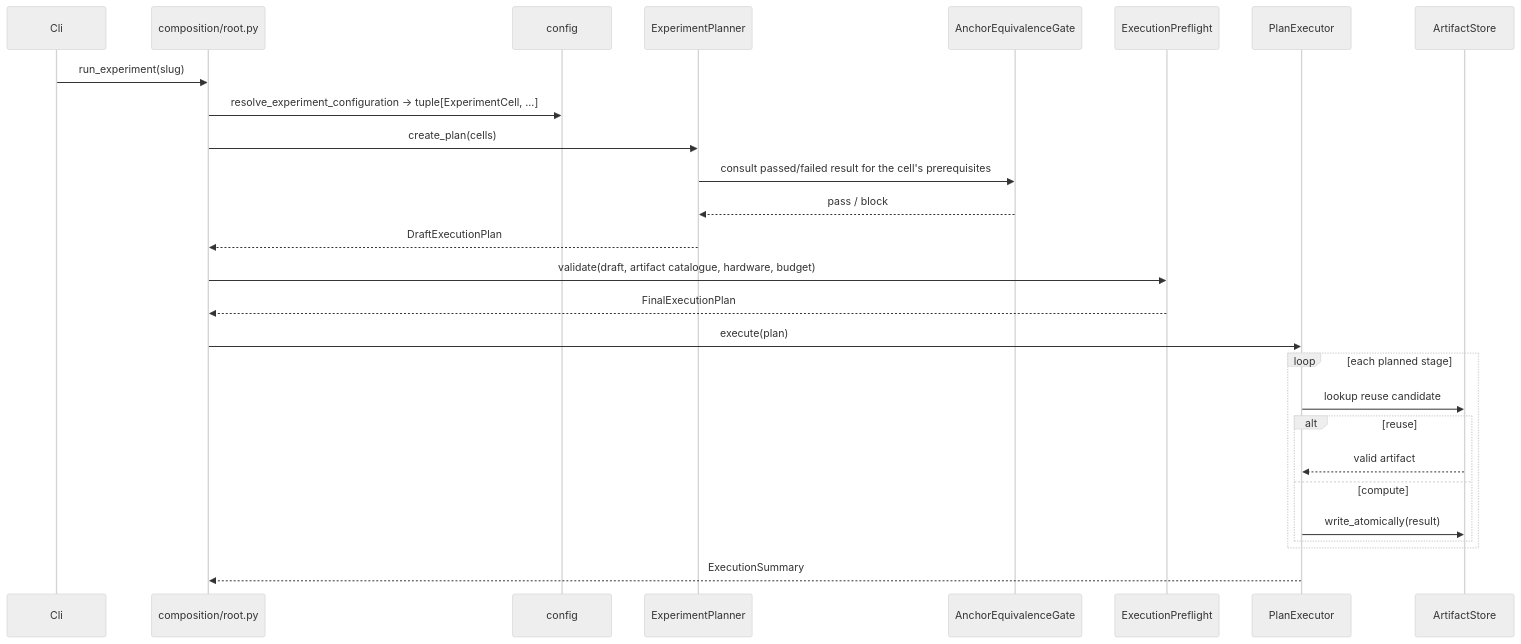
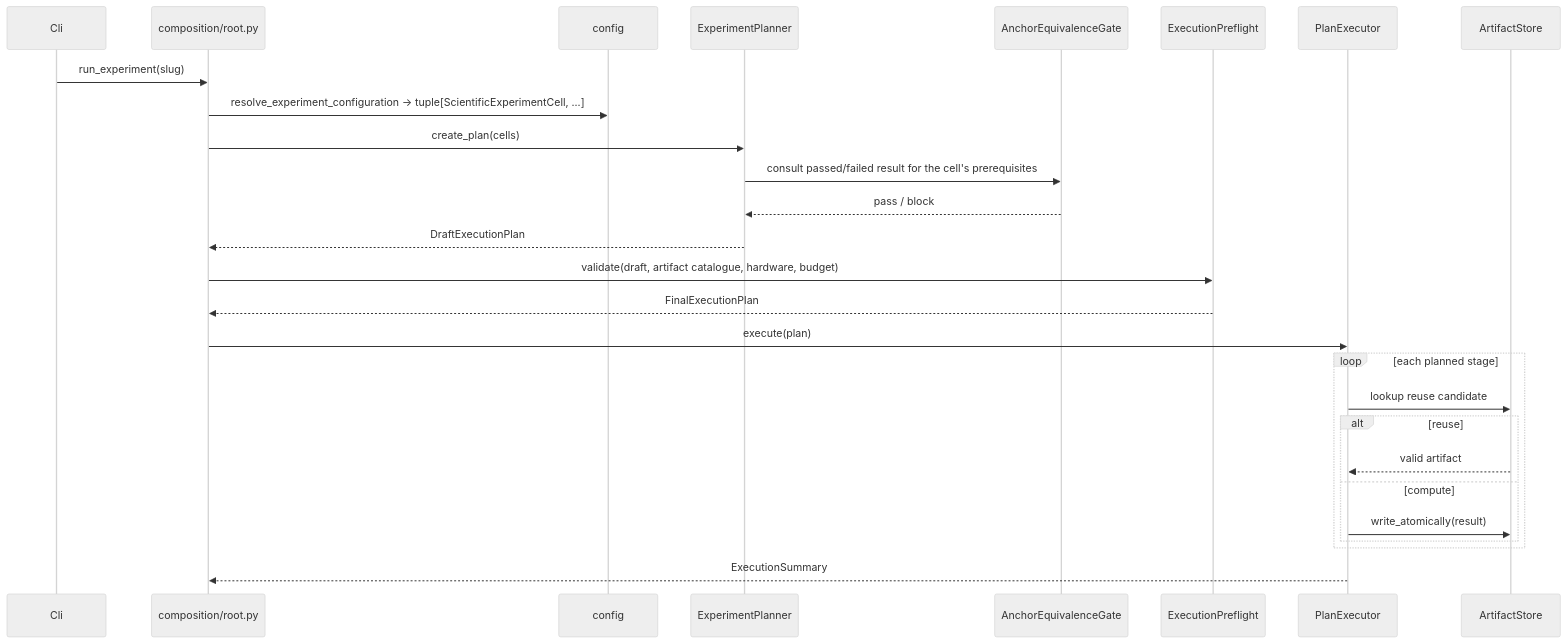
The first of 2 diagrams in docs/Architecture/PIPELINE_EXECUTION_AND_ARTIFACTS.md (naslouby-salahe/datp-core), drawn with Mermaid (neutral theme) before and after one commit. The commit also changed other lines of this file and 5 other files, not shown here.

````diff
--- a/docs/Architecture/PIPELINE_EXECUTION_AND_ARTIFACTS.md
+++ b/docs/Architecture/PIPELINE_EXECUTION_AND_ARTIFACTS.md
@@ -470,30 +473,30 @@
 ```mermaid
 sequenceDiagram
     participant Cli
     participant Root as composition/root.py
     participant Cfg as config
     participant Plan as ExperimentPlanner
     participant Anchor as AnchorEquivalenceGate
     participant Pre as ExecutionPreflight
     participant Exec as PlanExecutor
     participant Store as ArtifactStore
 
     Cli->>Root: run_experiment(slug)
-    Root->>Cfg: resolve_experiment_configuration -> tuple[ExperimentCell, ...]
+    Root->>Cfg: resolve_experiment_configuration -> tuple[ScientificExperimentCell, ...]
     Root->>Plan: create_plan(cells)
     Plan->>Anchor: consult passed/failed result for the cell's prerequisites
     Anchor-->>Plan: pass / block
     Plan-->>Root: DraftExecutionPlan
     Root->>Pre: validate(draft, artifact catalogue, hardware, budget)
     Pre-->>Root: FinalExecutionPlan
     Root->>Exec: execute(plan)
     loop each planned stage
         Exec->>Store: lookup reuse candidate
         alt reuse
             Store-->>Exec: valid artifact
         else compute
             Exec->>Store: write_atomically(result)
         end
     end
     Exec-->>Root: ExecutionSummary
 ```
````
